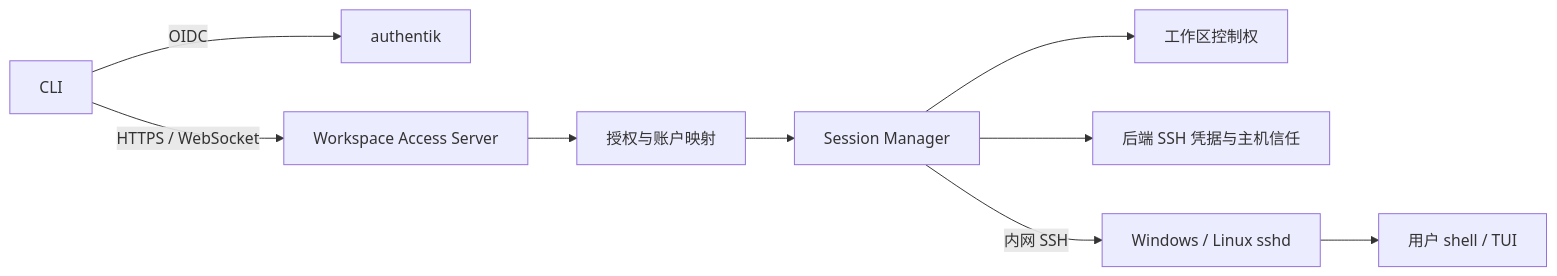
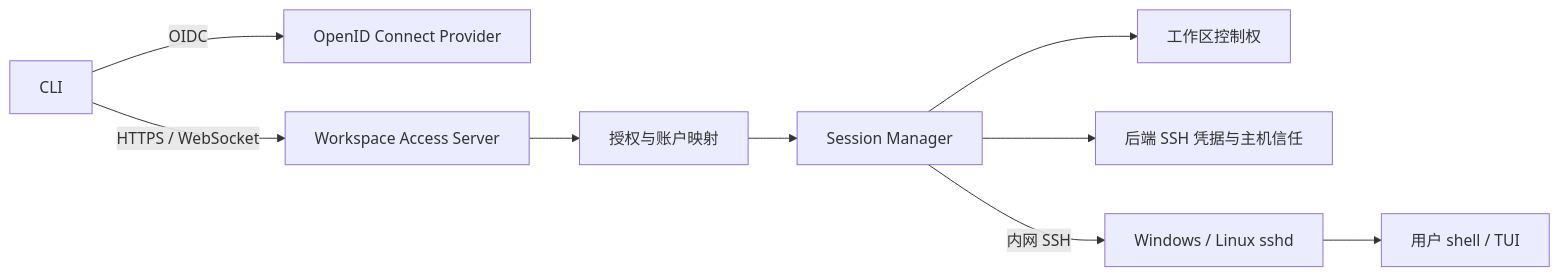
One commit to Nitload-NSI/charac changed the diagram in docs/architecture.md. Above: the diagram before and after it, drawn with Mermaid. The commit also changed other lines of this file and 13 other files, not shown here.

Commit message:
docs: generalize OIDC provider support

````diff
--- a/docs/architecture.md
+++ b/docs/architecture.md
@@ -5,11 +5,11 @@
 ```mermaid
 flowchart LR
-    Client[CLI] -->|OIDC| Auth[authentik]
+    Client[CLI] -->|OIDC| Auth[OpenID Connect Provider]
     Client -->|HTTPS / WebSocket| Server[Workspace Access Server]
     Server --> Policy[授权与账户映射]
     Policy --> Manager[Session Manager]
     Manager --> Gate[工作区控制权]
     Manager --> SSHAuth[后端 SSH 凭据与主机信任]
     Manager -->|内网 SSH| Sshd[Windows / Linux sshd]
     Sshd --> Shell[用户 shell / TUI]
 ```
````
